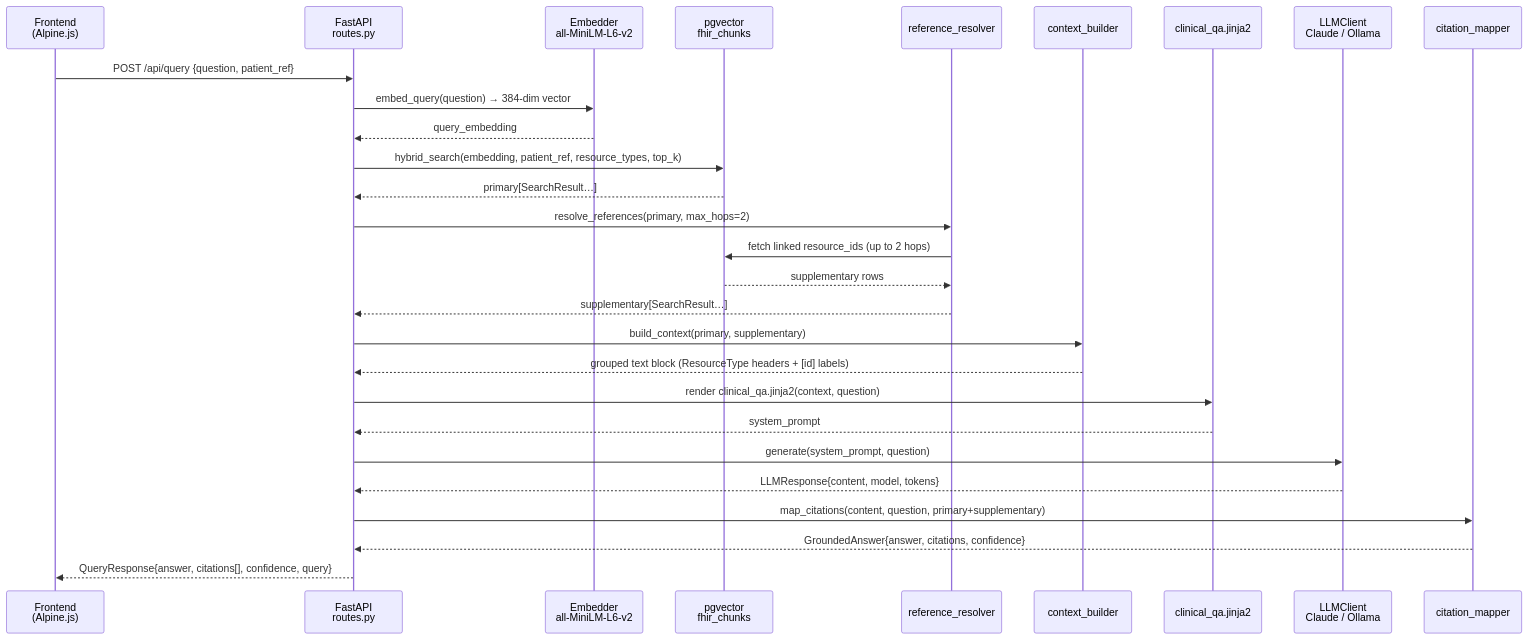
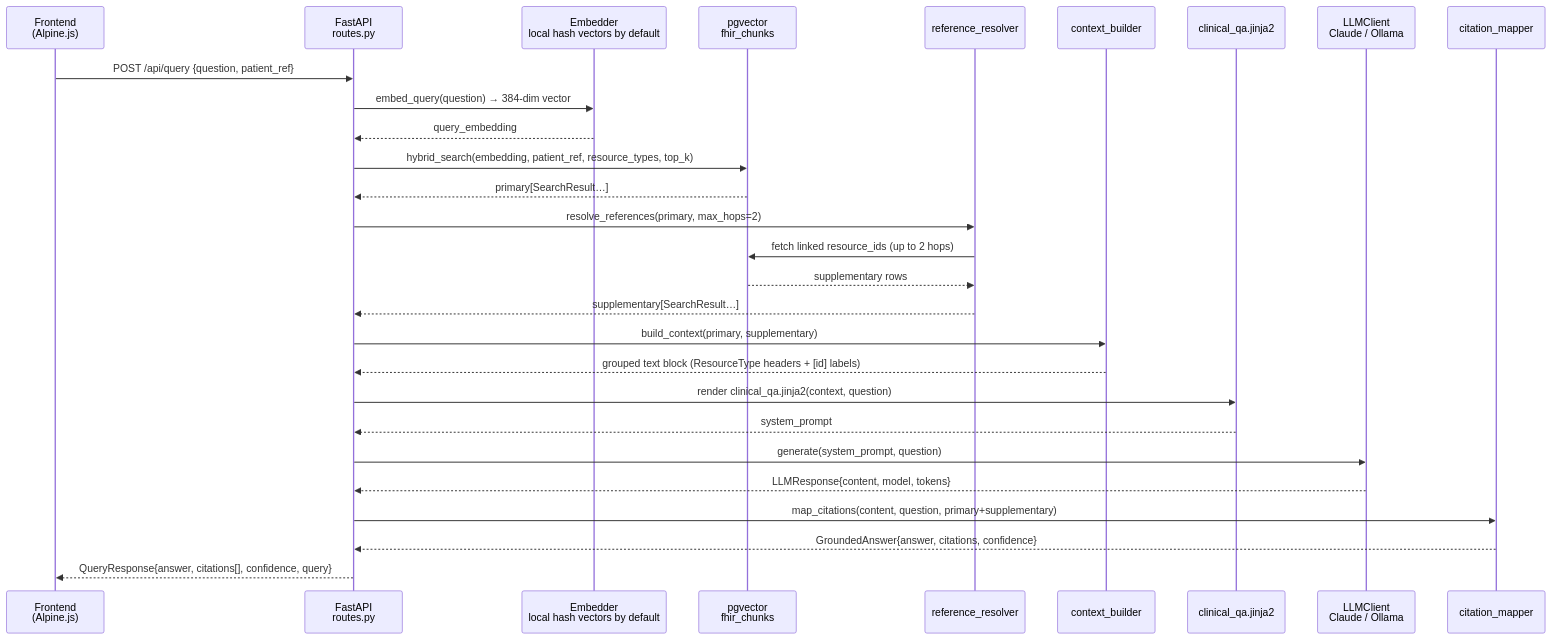
The fifth of 7 diagrams in README.md (budityw23/fhir-rag), drawn with Mermaid before and after one commit. The commit also changed other lines of this file and 31 other files, not shown here.

````diff
--- a/README.md
+++ b/README.md
@@ -138,31 +138,31 @@
 ```mermaid
 sequenceDiagram
     participant UI as Frontend<br/>(Alpine.js)
     participant API as FastAPI<br/>routes.py
-    participant EMB as Embedder<br/>all-MiniLM-L6-v2
+    participant EMB as Embedder<br/>local hash vectors by default
     participant PG as pgvector<br/>fhir_chunks
     participant REF as reference_resolver
     participant CTX as context_builder
     participant TMPL as clinical_qa.jinja2
     participant LLM as LLMClient<br/>Claude / Ollama
     participant CM as citation_mapper
 
     UI->>API: POST /api/query {question, patient_ref}
     API->>EMB: embed_query(question) → 384-dim vector
     EMB-->>API: query_embedding
     API->>PG: hybrid_search(embedding, patient_ref, resource_types, top_k)
     PG-->>API: primary[SearchResult…]
     API->>REF: resolve_references(primary, max_hops=2)
     REF->>PG: fetch linked resource_ids (up to 2 hops)
     PG-->>REF: supplementary rows
     REF-->>API: supplementary[SearchResult…]
     API->>CTX: build_context(primary, supplementary)
     CTX-->>API: grouped text block (ResourceType headers + [id] labels)
     API->>TMPL: render clinical_qa.jinja2(context, question)
     TMPL-->>API: system_prompt
     API->>LLM: generate(system_prompt, question)
     LLM-->>API: LLMResponse{content, model, tokens}
     API->>CM: map_citations(content, question, primary+supplementary)
     CM-->>API: GroundedAnswer{answer, citations, confidence}
     API-->>UI: QueryResponse{answer, citations[], confidence, query}
 ```
````
